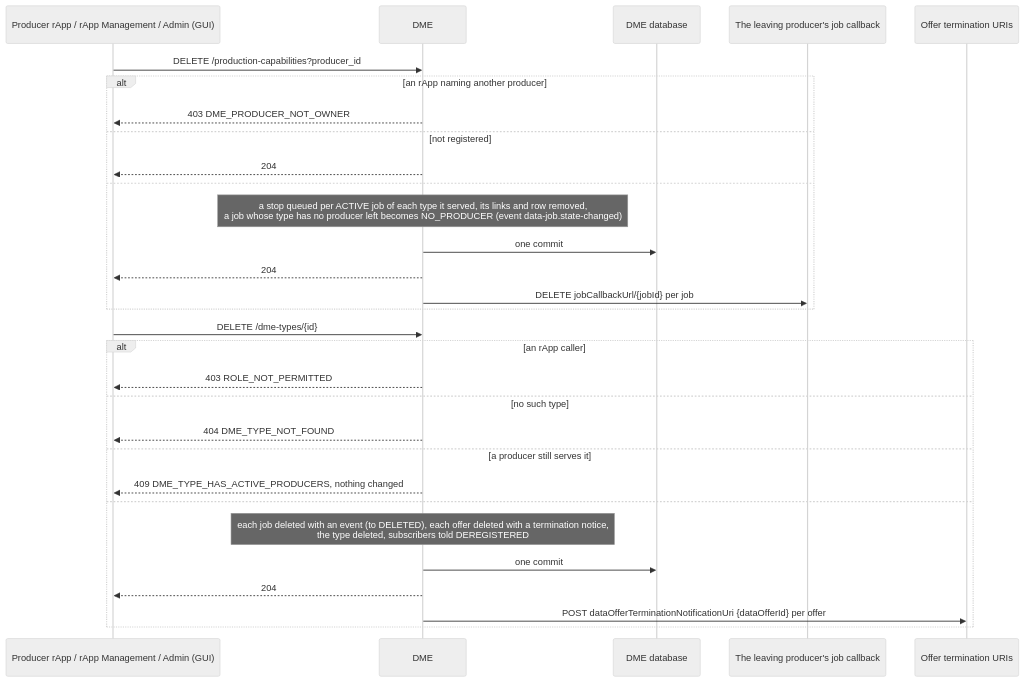
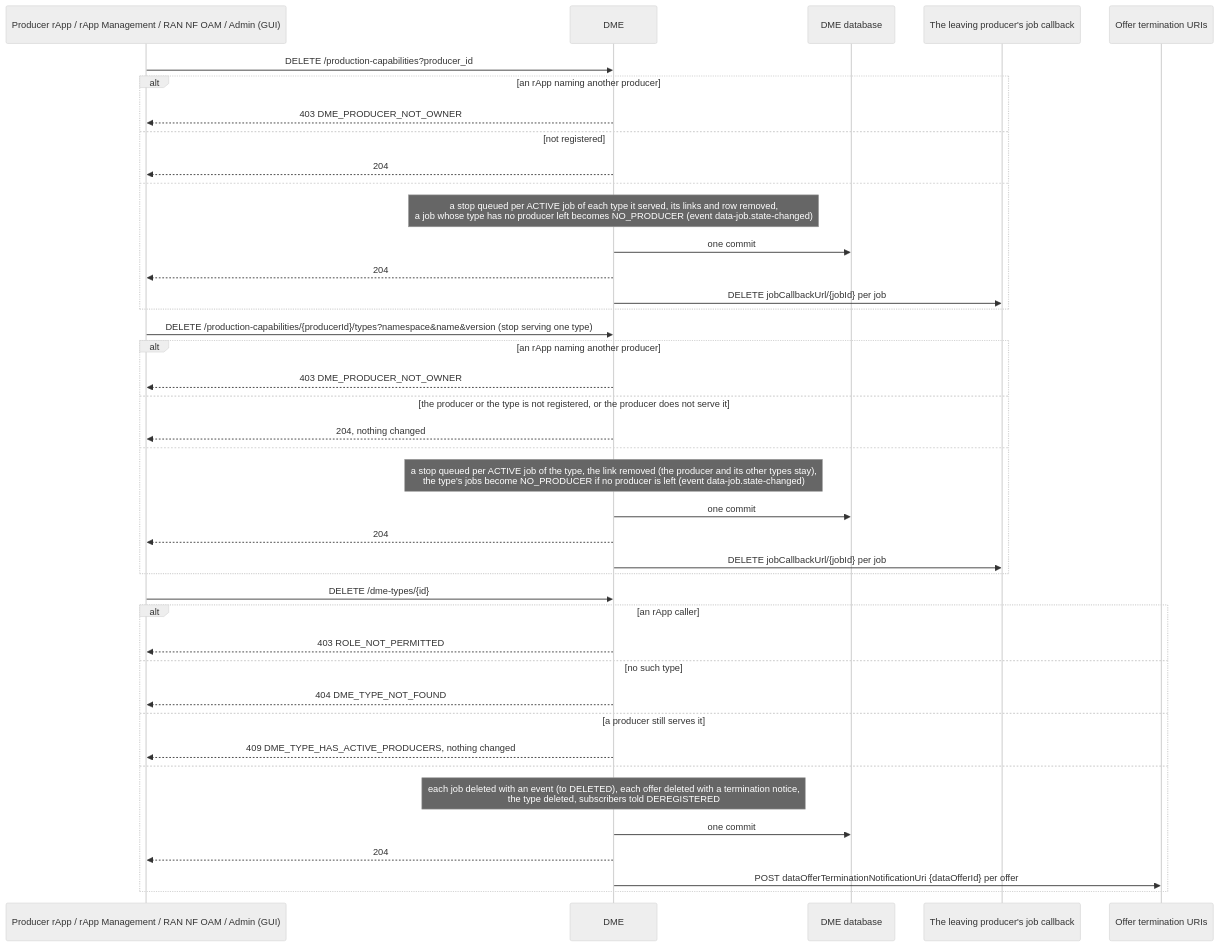
The fourth of 4 diagrams in smo/docs/call-flows/11-dme-producer-type-lifecycle.md (rsys-bshankar/ai-ran-smo), drawn with Mermaid (neutral theme) before and after one commit. The commit also changed other lines of this file and 47 other files, not shown here.

````diff
--- a/smo/docs/call-flows/11-dme-producer-type-lifecycle.md
+++ b/smo/docs/call-flows/11-dme-producer-type-lifecycle.md
@@ -119,33 +129,44 @@
 ```mermaid
 sequenceDiagram
-    participant A as Producer rApp / rApp Management / Admin (GUI)
+    participant A as Producer rApp / rApp Management / RAN NF OAM / Admin (GUI)
     participant DME as DME
     participant DB as DME database
     participant P as The leaving producer's job callback
     participant O as Offer termination URIs
 
     A->>DME: DELETE /production-capabilities?producer_id
     alt an rApp naming another producer
         DME-->>A: 403 DME_PRODUCER_NOT_OWNER
     else not registered
         DME-->>A: 204
     else
         Note over DME: a stop queued per ACTIVE job of each type it served, its links and row removed,<br/>a job whose type has no producer left becomes NO_PRODUCER (event data-job.state-changed)
+        DME->>DB: one commit
+        DME-->>A: 204
+        DME->>P: DELETE jobCallbackUrl/{jobId} per job
+    end
+    A->>DME: DELETE /production-capabilities/{producerId}/types?namespace&name&version (stop serving one type)
+    alt an rApp naming another producer
+        DME-->>A: 403 DME_PRODUCER_NOT_OWNER
+    else the producer or the type is not registered, or the producer does not serve it
+        DME-->>A: 204, nothing changed
+    else
+        Note over DME: a stop queued per ACTIVE job of the type, the link removed (the producer and its other types stay),<br/>the type's jobs become NO_PRODUCER if no producer is left (event data-job.state-changed)
         DME->>DB: one commit
         DME-->>A: 204
         DME->>P: DELETE jobCallbackUrl/{jobId} per job
     end
     A->>DME: DELETE /dme-types/{id}
     alt an rApp caller
         DME-->>A: 403 ROLE_NOT_PERMITTED
     else no such type
         DME-->>A: 404 DME_TYPE_NOT_FOUND
     else a producer still serves it
         DME-->>A: 409 DME_TYPE_HAS_ACTIVE_PRODUCERS, nothing changed
     else
         Note over DME: each job deleted with an event (to DELETED), each offer deleted with a termination notice,<br/>the type deleted, subscribers told DEREGISTERED
         DME->>DB: one commit
         DME-->>A: 204
         DME->>O: POST dataOfferTerminationNotificationUri {dataOfferId} per offer
     end
 ```
````
